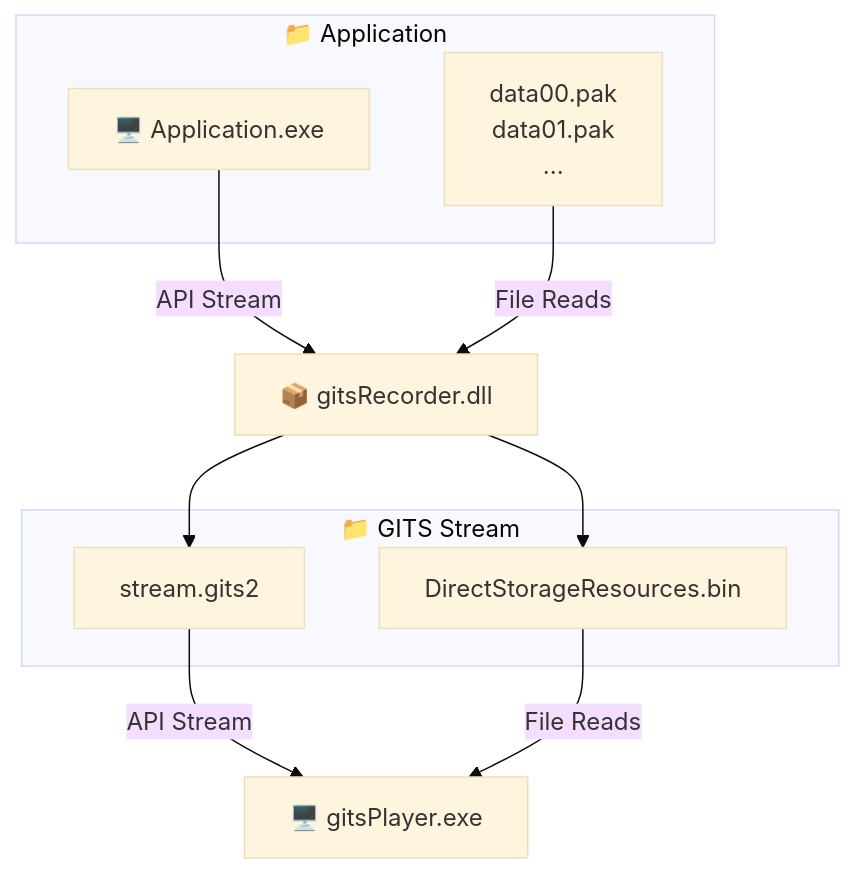
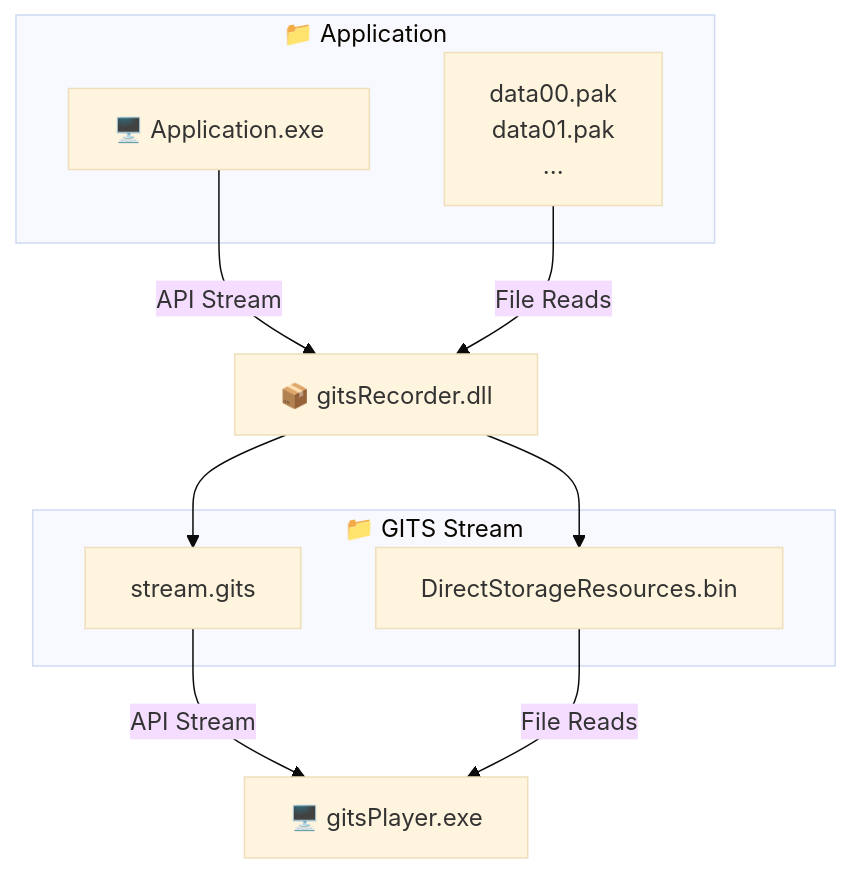
Before and after one commit to intel/gits: the diagram in docs/documentation/DirectX/DirectStorage.md, drawn with Mermaid (base theme). The commit also changed 16 other files, not shown here.

First line of the commit message:
[common] Write streams as stream.gits

````diff
--- a/docs/documentation/DirectX/DirectStorage.md
+++ b/docs/documentation/DirectX/DirectStorage.md
@@ -14,19 +14,19 @@
 ```mermaid
 graph TB
     subgraph GAME["📁 Application"]
         GAME_EXE["🖥️ Application.exe"]
         GAME_RES["data00.pak<br/>data01.pak<br/>..."]
     end
     subgraph GITS_STREAM_DIR["📁 GITS Stream"]
-        GITS_STREAM["stream.gits2"]
+        GITS_STREAM["stream.gits"]
         GITS_DSTORAGE_BIN["DirectStorageResources.bin"]
     end
     GITS_RECORDER_LIB["📦 gitsRecorder.dll"]
     GITS_EXE["🖥️ gitsPlayer.exe"]
     GAME_EXE --API Stream--> GITS_RECORDER_LIB
     GAME_RES --File Reads--> GITS_RECORDER_LIB
     GITS_RECORDER_LIB --> GITS_STREAM
     GITS_RECORDER_LIB --> GITS_DSTORAGE_BIN
     GITS_STREAM --API Stream--> GITS_EXE
     GITS_DSTORAGE_BIN --File Reads--> GITS_EXE
 ```
````
